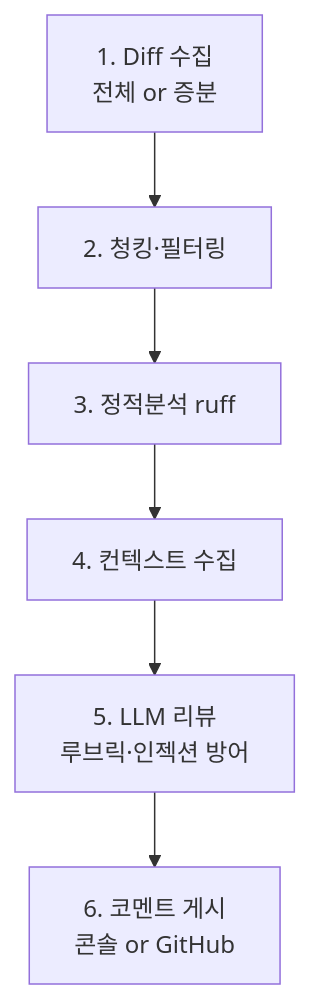
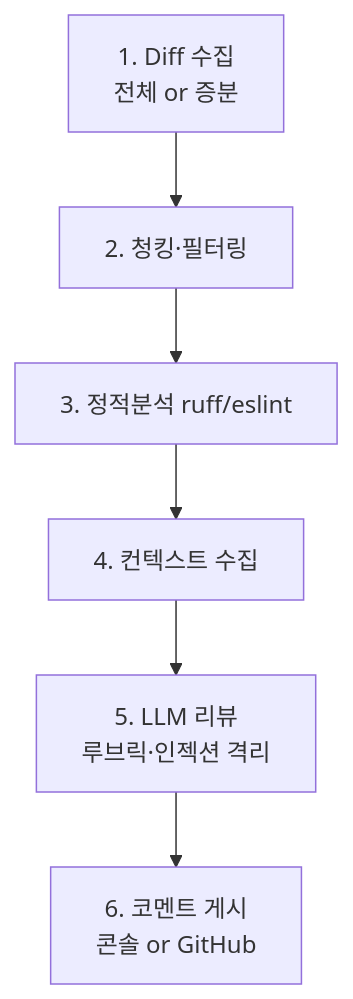
The second of 2 diagrams in README.md (SkyWith628/codesage), drawn with Mermaid before and after one commit. The commit also changed other lines of this file, not shown here.

````diff
--- a/README.md
+++ b/README.md
@@ -41,8 +73,8 @@
 ```mermaid
 flowchart TD
     A[1. Diff 수집<br/>전체 or 증분] --> B[2. 청킹·필터링]
-    B --> C[3. 정적분석 ruff]
+    B --> C[3. 정적분석 ruff/eslint]
     C --> D[4. 컨텍스트 수집]
-    D --> E[5. LLM 리뷰<br/>루브릭·인젝션 방어]
+    D --> E[5. LLM 리뷰<br/>루브릭·인젝션 격리]
     E --> F[6. 코멘트 게시<br/>콘솔 or GitHub]
 ```
````
